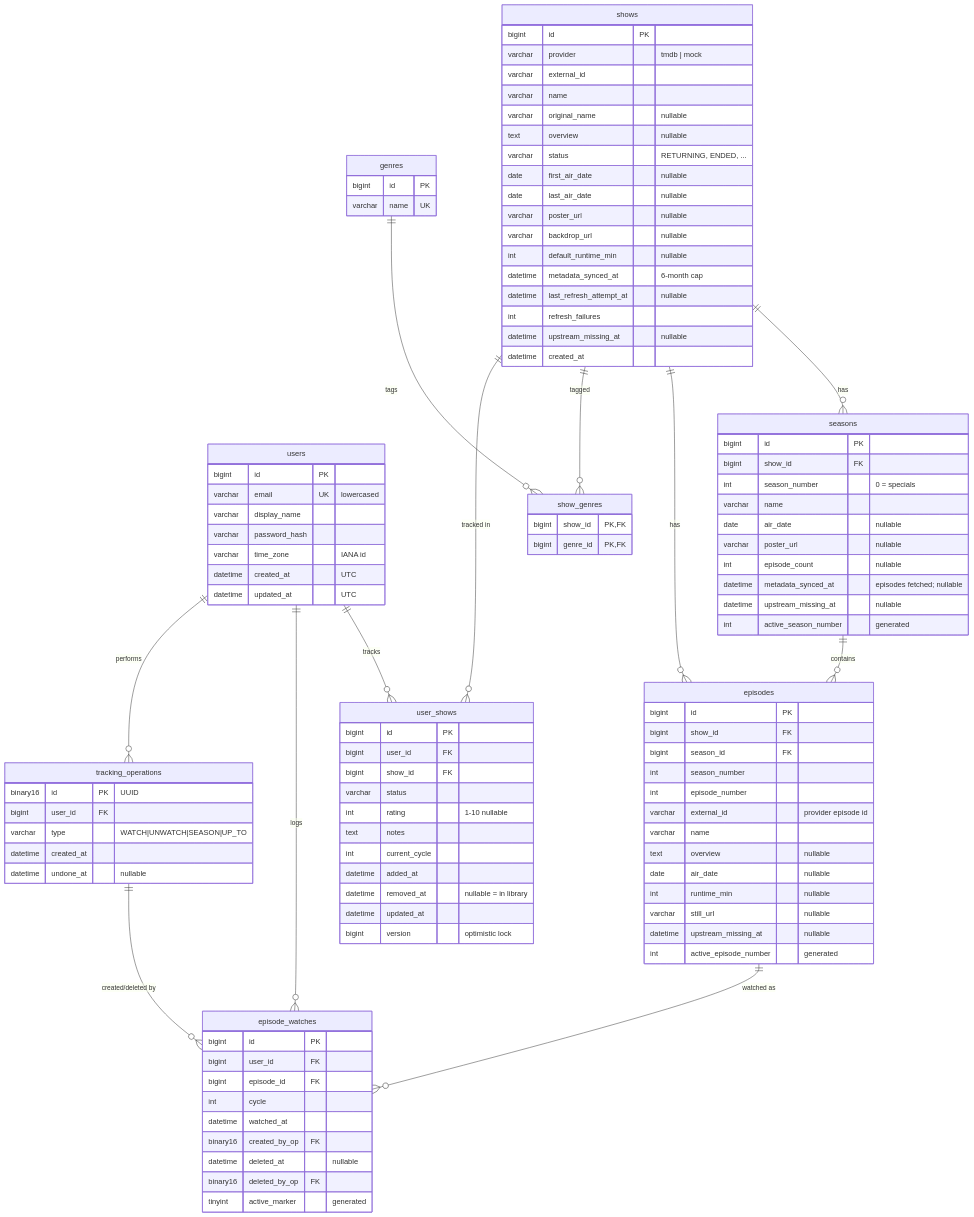
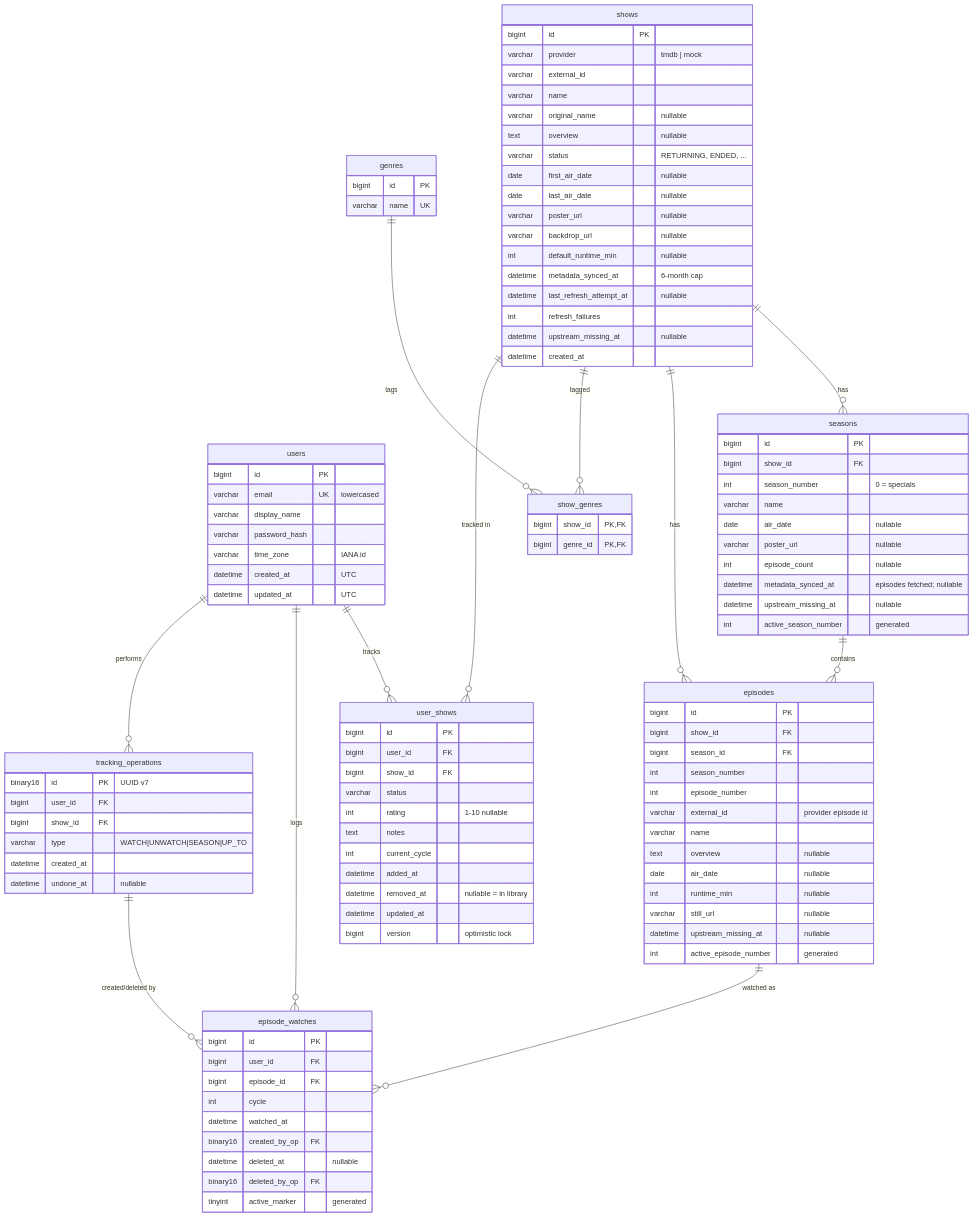
One commit to Chanaka02/Watchmark changed the diagram in docs/data-model.md. Above: the diagram before and after it, drawn with Mermaid. The commit also changed other lines of this file and 52 other files, not shown here.

```diff
--- a/docs/data-model.md
+++ b/docs/data-model.md
@@ -98,8 +99,9 @@
     bigint version "optimistic lock"
   }
   tracking_operations {
-    binary16 id PK "UUID"
+    binary16 id PK "UUID v7"
     bigint user_id FK
+    bigint show_id FK
     varchar type "WATCH|UNWATCH|SEASON|UP_TO"
     datetime created_at
     datetime undone_at "nullable"
```
